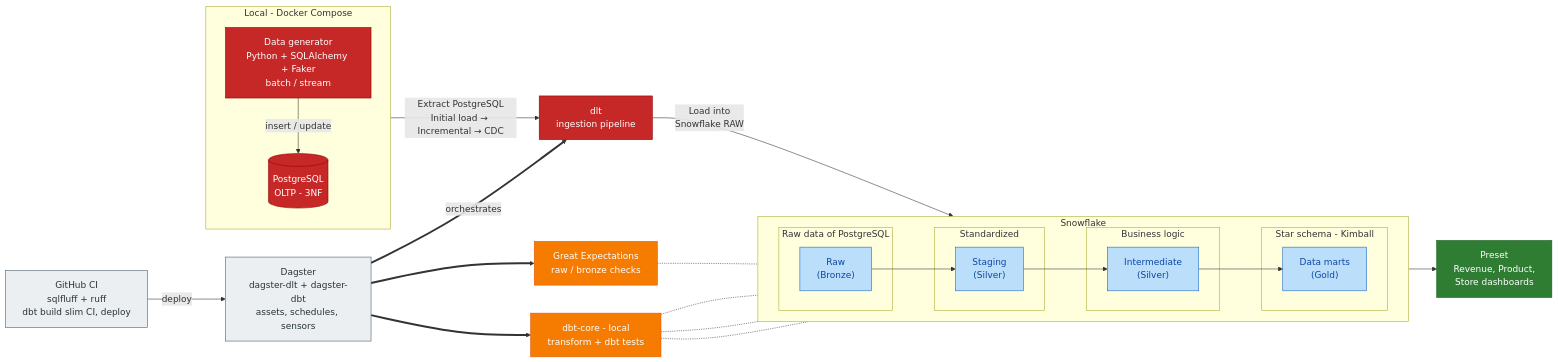
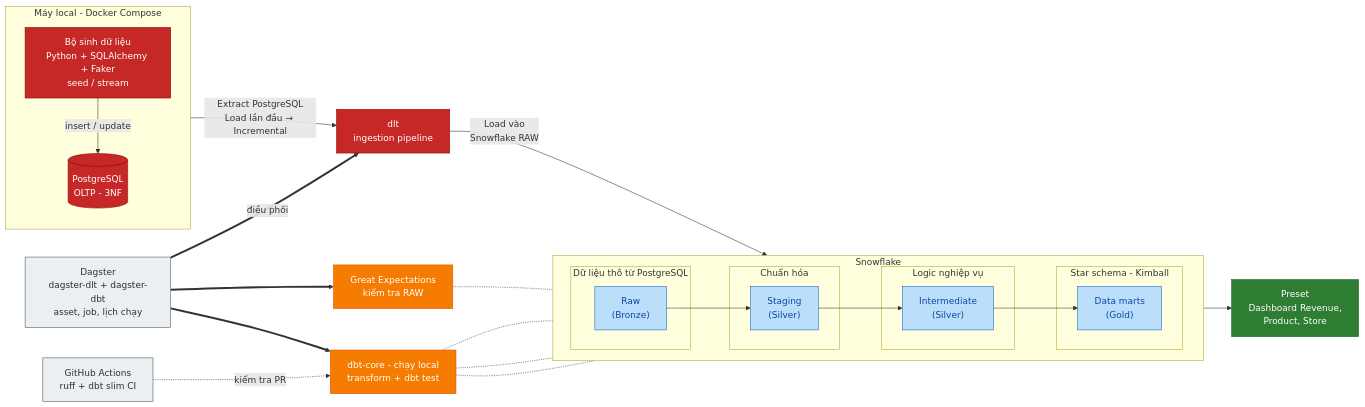
Before and after one commit to whtbl3/retail-pulse: the second of 2 diagrams in README.md, drawn with Mermaid. The commit also changed other lines of this file and 23 other files, not shown here.

````diff
--- a/README.md
+++ b/README.md
@@ -69,62 +89,62 @@
 ```mermaid
 flowchart LR
-  subgraph LOCAL["Local - Docker Compose"]
+  subgraph LOCAL["Máy local - Docker Compose"]
     direction TB
-    GEN["Data generator<br/>Python + SQLAlchemy + Faker<br/>batch / stream"]
+    GEN["Bộ sinh dữ liệu<br/>Python + SQLAlchemy + Faker<br/>seed / stream"]
     PG[("PostgreSQL<br/>OLTP - 3NF")]
     GEN -->|insert / update| PG
   end
 
   DLT["dlt<br/>ingestion pipeline"]
 
-  PG -->|"Extract PostgreSQL<br/>Initial load → Incremental → CDC"| DLT
-  DLT -->|"Load into<br/>Snowflake RAW"| RAW
+  PG -->|"Extract PostgreSQL<br/>Load lần đầu → Incremental"| DLT
+  DLT -->|"Load vào<br/>Snowflake RAW"| RAW
 
   subgraph SF["Snowflake"]
     direction LR
-    subgraph L1["Raw data of PostgreSQL"]
+    subgraph L1["Dữ liệu thô từ PostgreSQL"]
       RAW["Raw<br/>(Bronze)"]
     end
-    subgraph L2["Standardized"]
+    subgraph L2["Chuẩn hóa"]
       STG["Staging<br/>(Silver)"]
     end
-    subgraph L3["Business logic"]
+    subgraph L3["Logic nghiệp vụ"]
       INT["Intermediate<br/>(Silver)"]
     end
     subgraph L4["Star schema - Kimball"]
       MART["Data marts<br/>(Gold)"]
     end
     RAW --> STG --> INT --> MART
   end
 
-  BI["Preset<br/>Revenue, Product,<br/>Store dashboards"]
+  BI["Preset<br/>Dashboard Revenue,<br/>Product, Store"]
   MART --> BI
 
-  DBT["dbt-core - local<br/>transform + dbt tests"]
-  GE["Great Expectations<br/>raw / bronze checks"]
+  DBT["dbt-core - chạy local<br/>transform + dbt test"]
+  GE["Great Expectations<br/>kiểm tra RAW"]
 
   DBT -.- STG
   DBT -.- INT
   DBT -.- MART
   GE -.- RAW
 
-  DAG["Dagster<br/>dagster-dlt + dagster-dbt<br/>assets, schedules, sensors"]
-  CI["GitHub CI<br/>sqlfluff + ruff<br/>dbt build slim CI, deploy"]
+  DAG["Dagster<br/>dagster-dlt + dagster-dbt<br/>asset, job, lịch chạy"]
+  CI["GitHub Actions<br/>ruff + dbt slim CI"]
 
-  DAG ==>|orchestrates| DLT
+  DAG ==>|điều phối| DLT
   DAG ==> GE
   DAG ==> DBT
-  CI -->|deploy| DAG
+  CI -.->|kiểm tra PR| DBT
 
   classDef src fill:#C62828,stroke:#8E0000,color:#FFFFFF
   classDef layer fill:#BBDEFB,stroke:#1565C0,color:#0D47A1
   classDef tool fill:#F57C00,stroke:#E65100,color:#FFFFFF
   classDef bi fill:#2E7D32,stroke:#1B5E20,color:#FFFFFF
   classDef ops fill:#ECEFF1,stroke:#455A64,color:#263238
 
   class GEN,PG,DLT src
   class RAW,STG,INT,MART layer
   class DBT,GE tool
   class BI bi
   class DAG,CI ops
 ```
````
